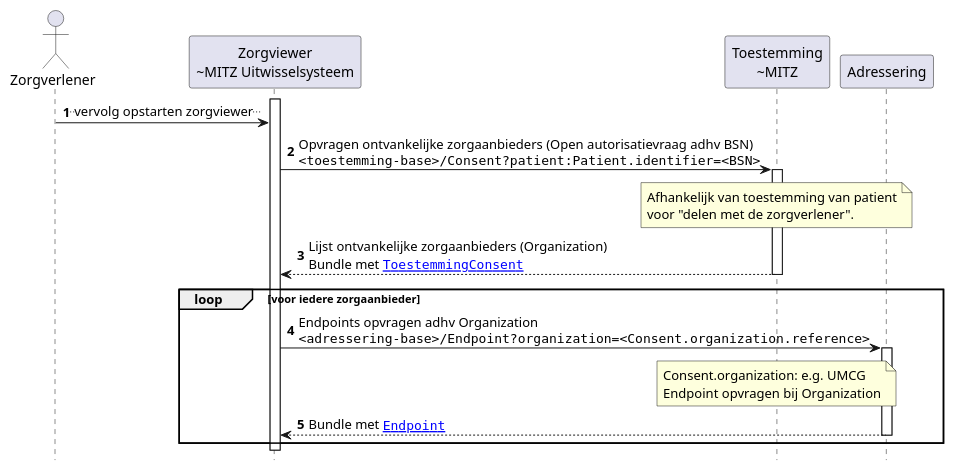
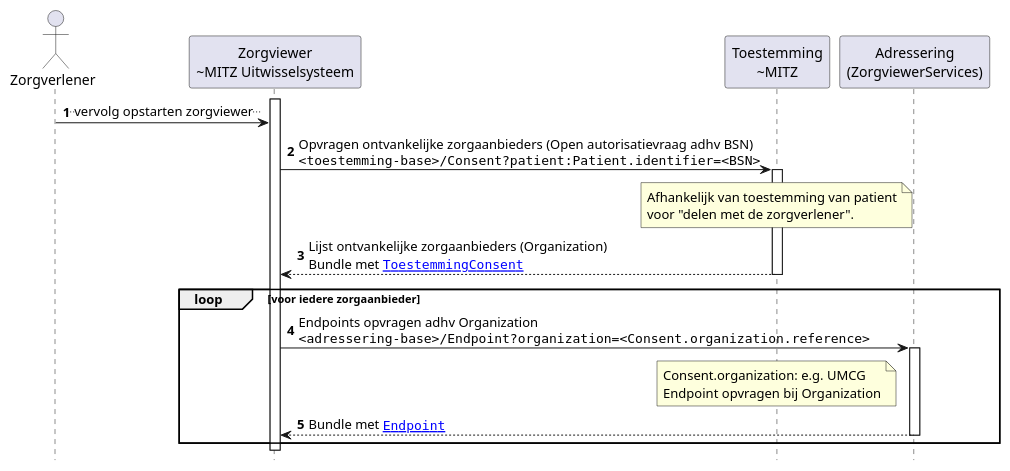
One commit to RIVO-Noord/zorgviewer-ig changed the diagram in input/images-source/Zorgviewer-seq-2.plantuml. Above: the diagram before and after it, drawn with PlantUML. The commit also changed 1 other file, not shown here.

```diff
--- a/input/images-source/Zorgviewer-seq-2.plantuml
+++ b/input/images-source/Zorgviewer-seq-2.plantuml
@@ -1,31 +1,31 @@
 @startuml
 hide footbox
 autonumber
 
 actor Zorgverlener
 participant "Zorgviewer\n~MITZ Uitwisselsysteem" as Zorgviewer
 participant "Toestemming\n~MITZ" as Toestemming
-participant Adressering
+participant "Adressering\n(ZorgviewerServices)" as Adressering
 
 activate Zorgviewer
 Zorgverlener->Zorgviewer: ..vervolg opstarten zorgviewer..
 Zorgviewer->Toestemming: Opvragen ontvankelijke zorgaanbieders (Open autorisatievraag adhv BSN)\n""<toestemming-base>/Consent?patient:Patient.identifier=<BSN>""
 note over Toestemming: Afhankelijk van toestemming van patient\nvoor "delen met de zorgverlener".
 activate Toestemming
 Toestemming-->Zorgviewer: Lijst ontvankelijke zorgaanbieders (Organization)\nBundle met ""[[StructureDefinition-ToestemmingConsent.html ToestemmingConsent]]""
 deactivate Toestemming
 
 loop voor iedere zorgaanbieder
   Zorgviewer->Adressering: Endpoints opvragen adhv Organization\n""<adressering-base>/Endpoint?organization=<Consent.organization.reference>""
   note over Toestemming
     Consent.organization: e.g. UMCG
     Endpoint opvragen bij Organization
   end note
   activate Adressering
   Adressering-->Zorgviewer: Bundle met ""[[StructureDefinition-Endpoint.html Endpoint]]""
   deactivate Adressering
 end loop
 
 deactivate Zorgviewer
 
 @enduml
```
